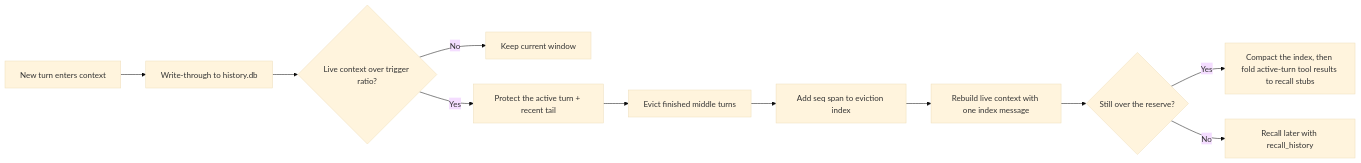
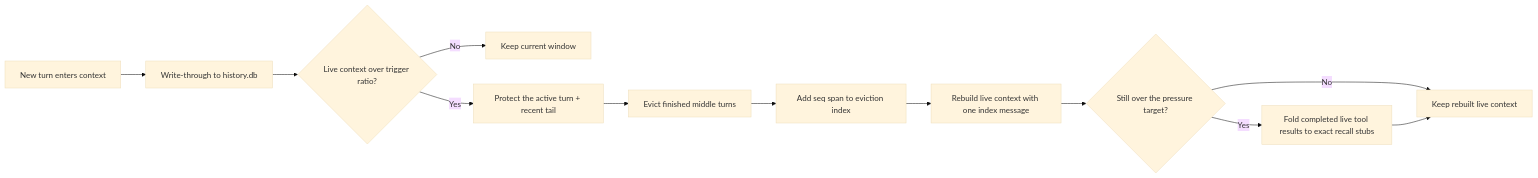
Before and after one commit to Ferrum360/QwenPaw: the diagram in docs/context.en.md, drawn with Mermaid (base theme). The commit also changed other lines of this file and 53 other files, not shown here.

````diff
--- a/docs/context.en.md
+++ b/docs/context.en.md
@@ -25,13 +25,14 @@
 ```mermaid
 flowchart LR
     A[New turn enters context] --> B[Write-through to history.db]
     B --> C{Live context over trigger ratio?}
     C -->|No| D[Keep current window]
     C -->|Yes| E[Protect the active turn + recent tail]
     E --> F[Evict finished middle turns]
     F --> G[Add seq span to eviction index]
     G --> H[Rebuild live context with one index message]
-    H --> I{Still over the reserve?}
-    I -->|Yes| J[Compact the index, then fold active-turn tool results to recall stubs]
-    I -->|No| K[Recall later with recall_history]
+    H --> I{Still over the pressure target?}
+    I -->|Yes| J[Fold completed live tool results to exact recall stubs]
+    I -->|No| K[Keep rebuilt live context]
+    J --> K
 ```
````
